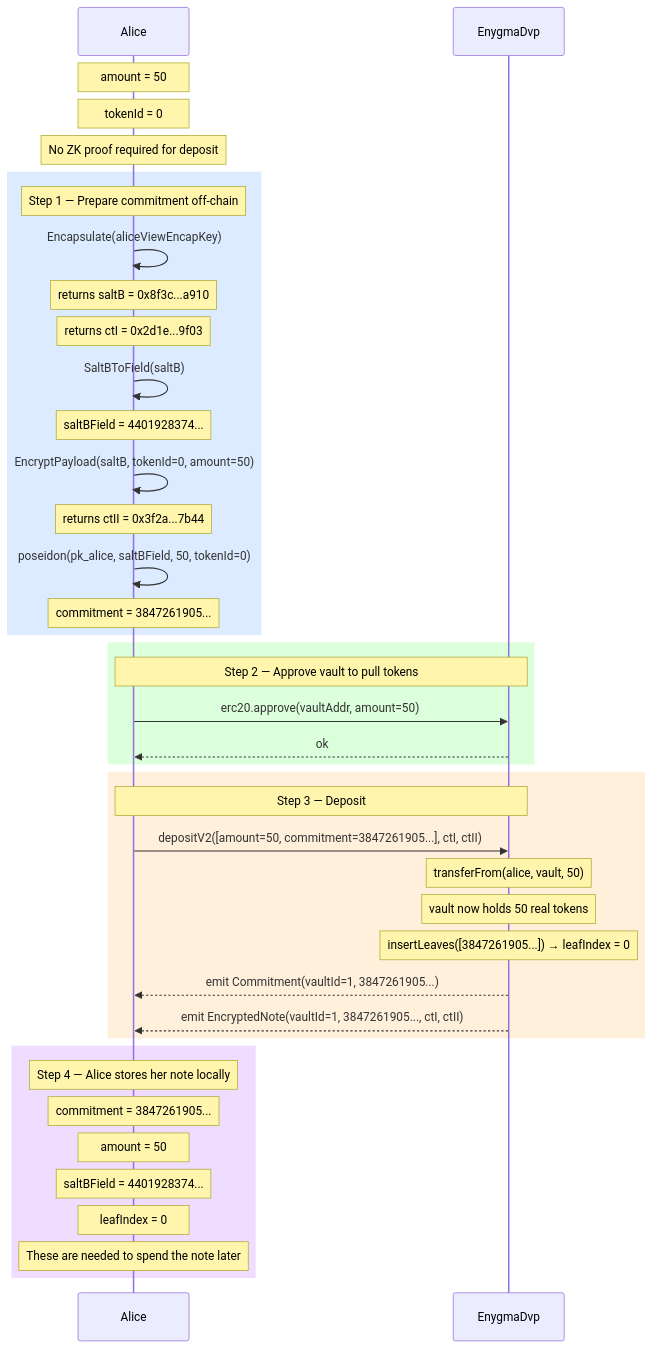
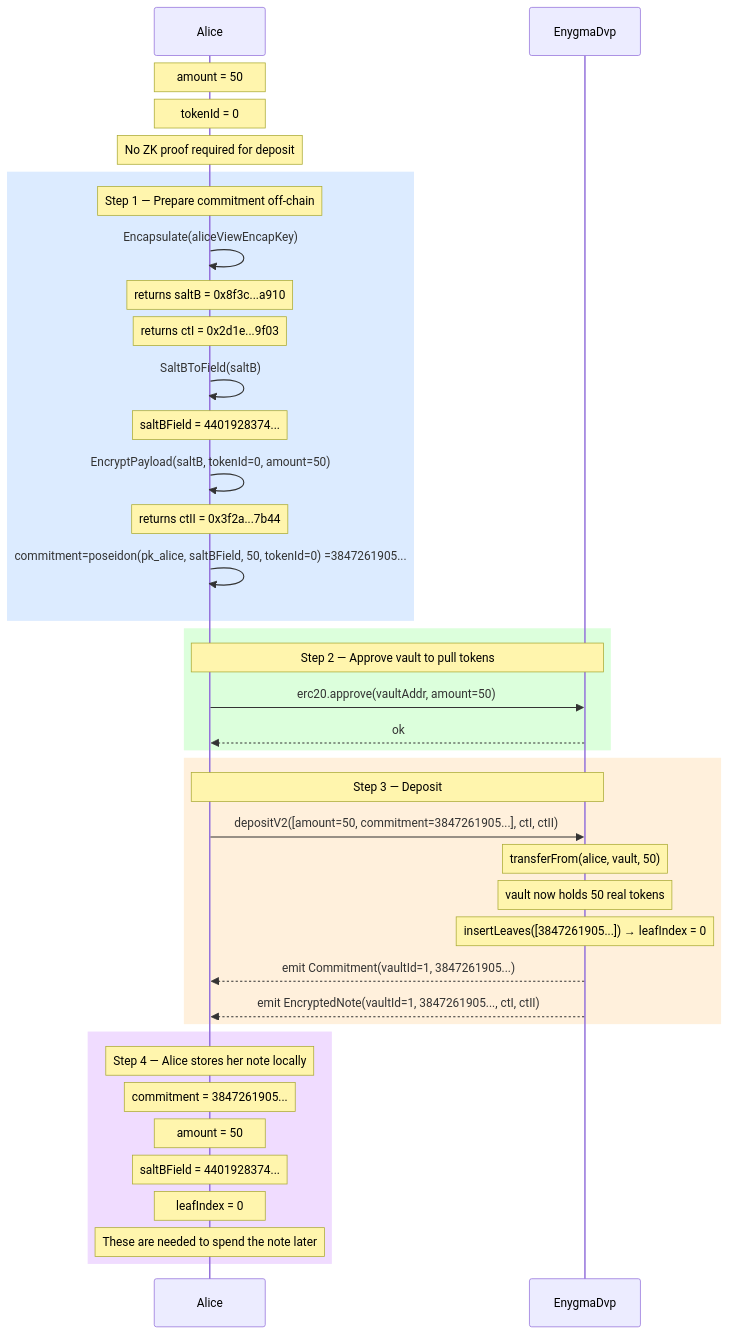
One commit to yaksetig/Enygma changed the diagram in enygma_dvp/docs/flows/01_deposit.md. Above: the diagram before and after it, drawn with Mermaid. The commit also changed other lines of this file and 4 other files, not shown here.

````diff
--- a/enygma_dvp/docs/flows/01_deposit.md
+++ b/enygma_dvp/docs/flows/01_deposit.md
@@ -25,54 +25,54 @@
 ```mermaid
 sequenceDiagram
     participant Alice
     participant DVP as EnygmaDvp
 
     Note over Alice: amount = 50
     Note over Alice: tokenId = 0
     Note over Alice: No ZK proof required for deposit
 
     rect rgb(220, 235, 255)
         Note over Alice: Step 1 — Prepare commitment off-chain
 
         Alice->>Alice: Encapsulate(aliceViewEncapKey)
         Note over Alice: returns saltB = 0x8f3c...a910
         Note over Alice: returns ctI   = 0x2d1e...9f03
 
         Alice->>Alice: SaltBToField(saltB)
         Note over Alice: saltBField = 4401928374...
 
         Alice->>Alice: EncryptPayload(saltB, tokenId=0, amount=50)
         Note over Alice: returns ctII = 0x3f2a...7b44
 
-        Alice->>Alice: poseidon(pk_alice, saltBField, 50, tokenId=0)
-        Note over Alice: commitment = 3847261905...
+        Alice->>Alice: commitment=poseidon(pk_alice, saltBField, 50, tokenId=0) =3847261905...
+
     end
 
     rect rgb(220, 255, 220)
         Note over Alice,DVP: Step 2 — Approve vault to pull tokens
 
         Alice->>DVP: erc20.approve(vaultAddr, amount=50)
         DVP-->>Alice: ok
     end
 
     rect rgb(255, 240, 220)
         Note over Alice,DVP: Step 3 — Deposit
 
         Alice->>DVP: depositV2([amount=50, commitment=3847261905...], ctI, ctII)
         Note over DVP: transferFrom(alice, vault, 50)
         Note over DVP: vault now holds 50 real tokens
         Note over DVP: insertLeaves([3847261905...]) → leafIndex = 0
 
         DVP-->>Alice: emit Commitment(vaultId=1, 3847261905...)
         DVP-->>Alice: emit EncryptedNote(vaultId=1, 3847261905..., ctI, ctII)
     end
 
     rect rgb(240, 220, 255)
         Note over Alice: Step 4 — Alice stores her note locally
         Note over Alice: commitment = 3847261905...
         Note over Alice: amount     = 50
         Note over Alice: saltBField = 4401928374...
         Note over Alice: leafIndex  = 0
         Note over Alice: These are needed to spend the note later
     end
 ```
````
